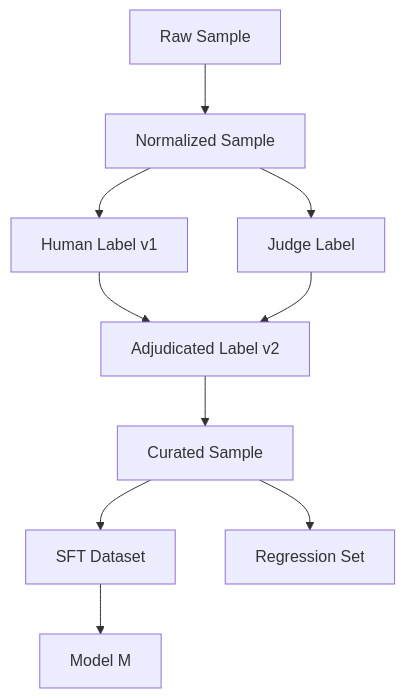
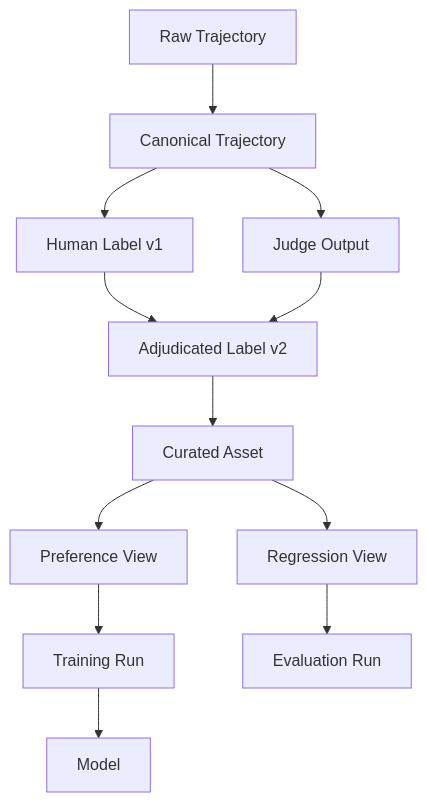
One commit to JiangHui0203/Homework changed the diagram in LLM_Agent_Data/19_Data_Governance_Lineage_and_Reproducibility.md. Above: the diagram before and after it, drawn with Mermaid. The commit also changed other lines of this file, not shown here.

Commit message:
Refine chapter 19 as canonical governance lineage and reproducibility chapter

````diff
--- a/LLM_Agent_Data/19_Data_Governance_Lineage_and_Reproducibility.md
+++ b/LLM_Agent_Data/19_Data_Governance_Lineage_and_Reproducibility.md
@@ -382,12 +315,14 @@
 ```mermaid
 flowchart TD
-    A[Raw Sample] --> B[Normalized Sample]
+    A[Raw Trajectory] --> B[Canonical Trajectory]
     B --> C1[Human Label v1]
-    B --> C2[Judge Label]
+    B --> C2[Judge Output]
     C1 --> D[Adjudicated Label v2]
     C2 --> D
-    D --> E[Curated Sample]
-    E --> F1[SFT Dataset]
-    E --> F2[Regression Set]
-    F1 --> G[Model M]
+    D --> E[Curated Asset]
+    E --> F1[Preference View]
+    E --> F2[Regression View]
+    F1 --> G[Training Run]
+    G --> H[Model]
+    F2 --> I[Evaluation Run]
 ```
````
